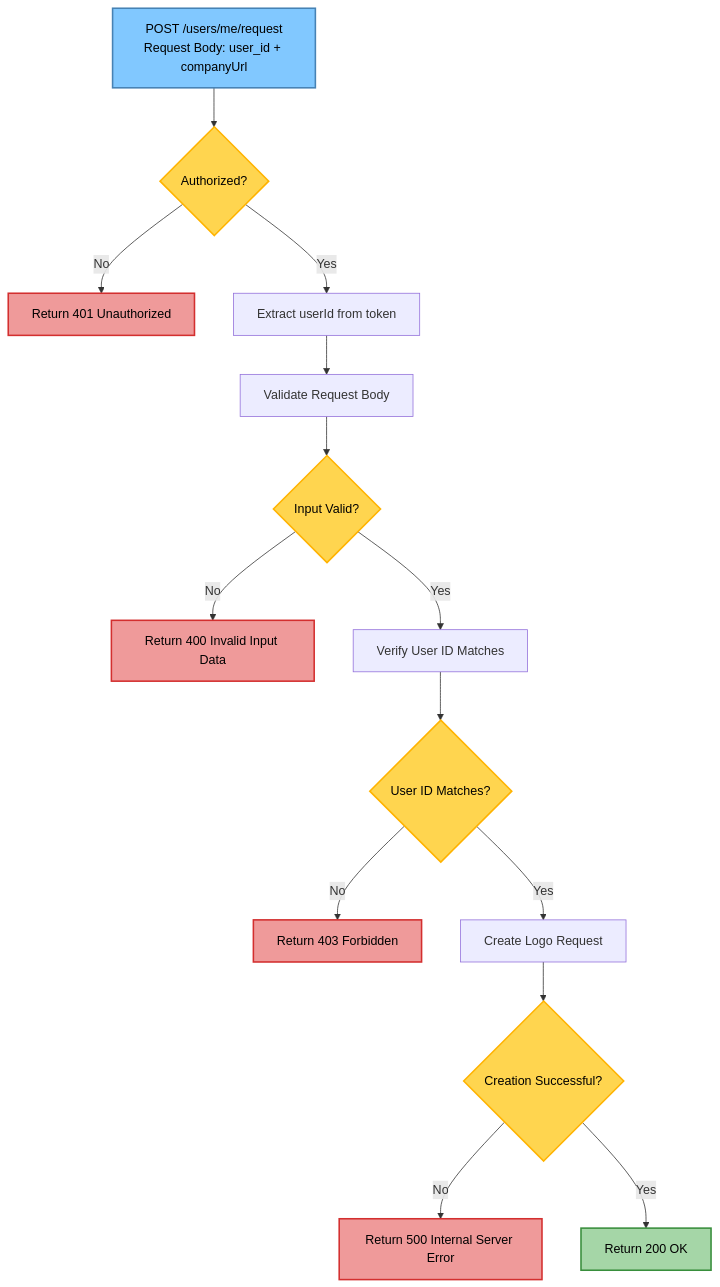
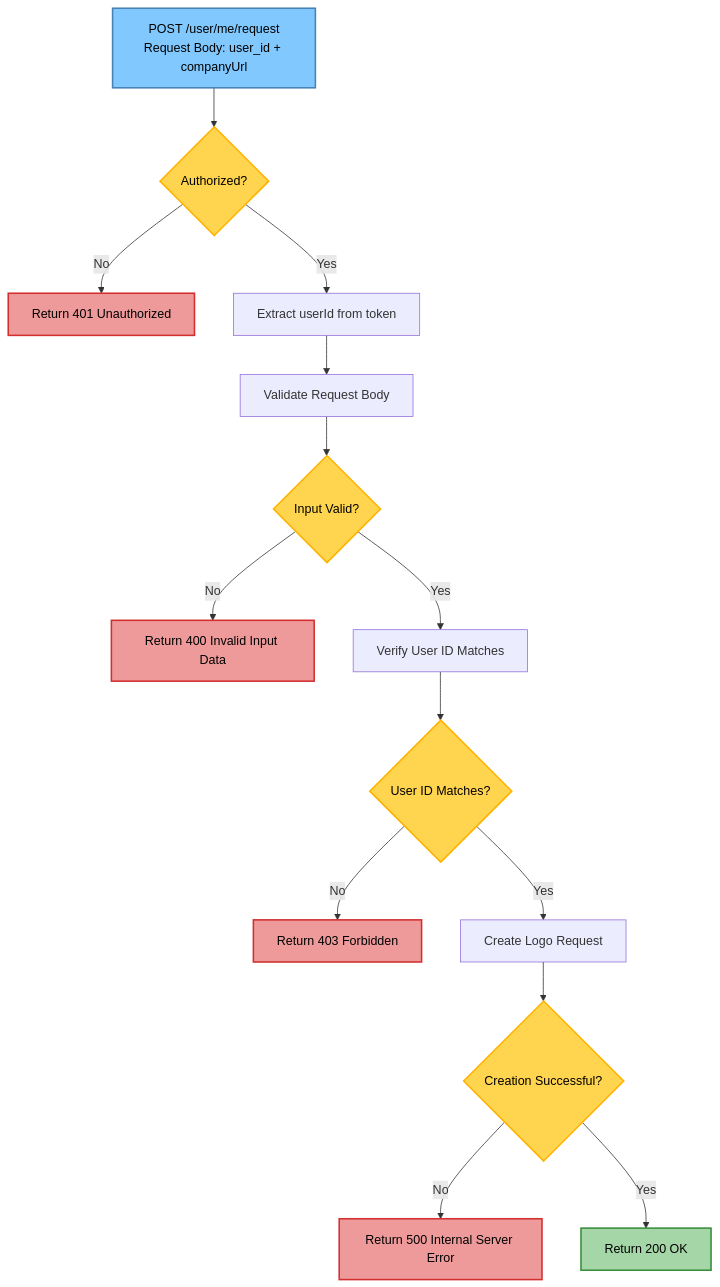
The seventh of 7 diagrams in temp.md (biplab-sutradhar/diagram), drawn with Mermaid before and after one commit. The commit also changed other lines of this file, not shown here.

````diff
--- a/temp.md
+++ b/temp.md
@@ -467,34 +907,34 @@
 ```mermaid
 flowchart TD
-%% API Flow: POST /users/me/request
-Start[POST /users/me/request<br/>Request Body: user_id + companyUrl] --> Auth{Authorized?}
+%% API Flow: POST /user/me/request
+Start[POST /user/me/request<br/>Request Body: user_id + companyUrl] --> Auth{Authorized?}
 
 Auth -->|No| Auth401[Return 401 Unauthorized]
 Auth -->|Yes| ExtractUserId[Extract userId from token]
 
 ExtractUserId --> ValidateInput[Validate Request Body]
 ValidateInput --> InputValid{Input Valid?}
 
 InputValid -->|No| Input400[Return 400 Invalid Input Data]
 InputValid -->|Yes| CheckUser[Verify User ID Matches]
 
 CheckUser --> UserMatch{User ID Matches?}
 UserMatch -->|No| User403[Return 403 Forbidden]
 UserMatch -->|Yes| CreateRequest[Create Logo Request]
 
 CreateRequest --> CreateSuccess{Creation Successful?}
 CreateSuccess -->|No| Server500[Return 500 Internal Server Error]
 CreateSuccess -->|Yes| Success200[Return 200 OK]
 
 classDef startEnd fill:#81C8FF,stroke:#4682B4,stroke-width:2px,color:#000;
 classDef decision fill:#FFD54F,stroke:#FFB300,stroke-width:2px,color:#000;
 classDef success fill:#A5D6A7,stroke:#388E3C,stroke-width:2px,color:#000;
 classDef error fill:#EF9A9A,stroke:#D32F2F,stroke-width:2px,color:#000;
 classDef warning fill:#FFCC80,stroke:#F57C00,stroke-width:2px,color:#000;
 
 class Start,Success200 startEnd
 class Auth,InputValid,UserMatch,CreateSuccess decision
 class Success200 success
 class Auth401,Input400,User403,Server500 error
 
 ```
````
